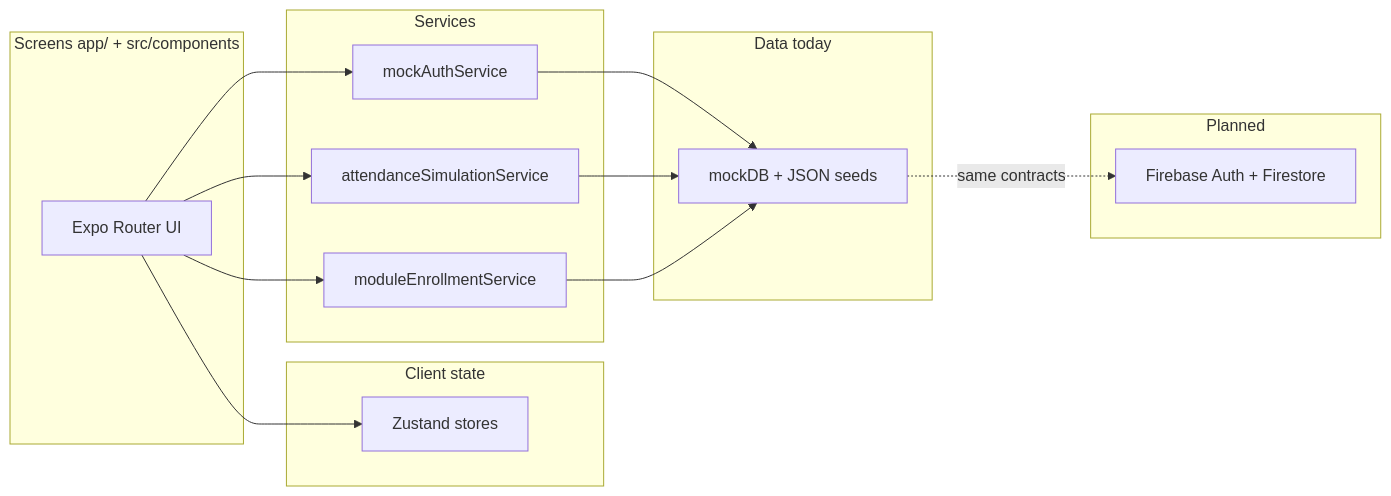
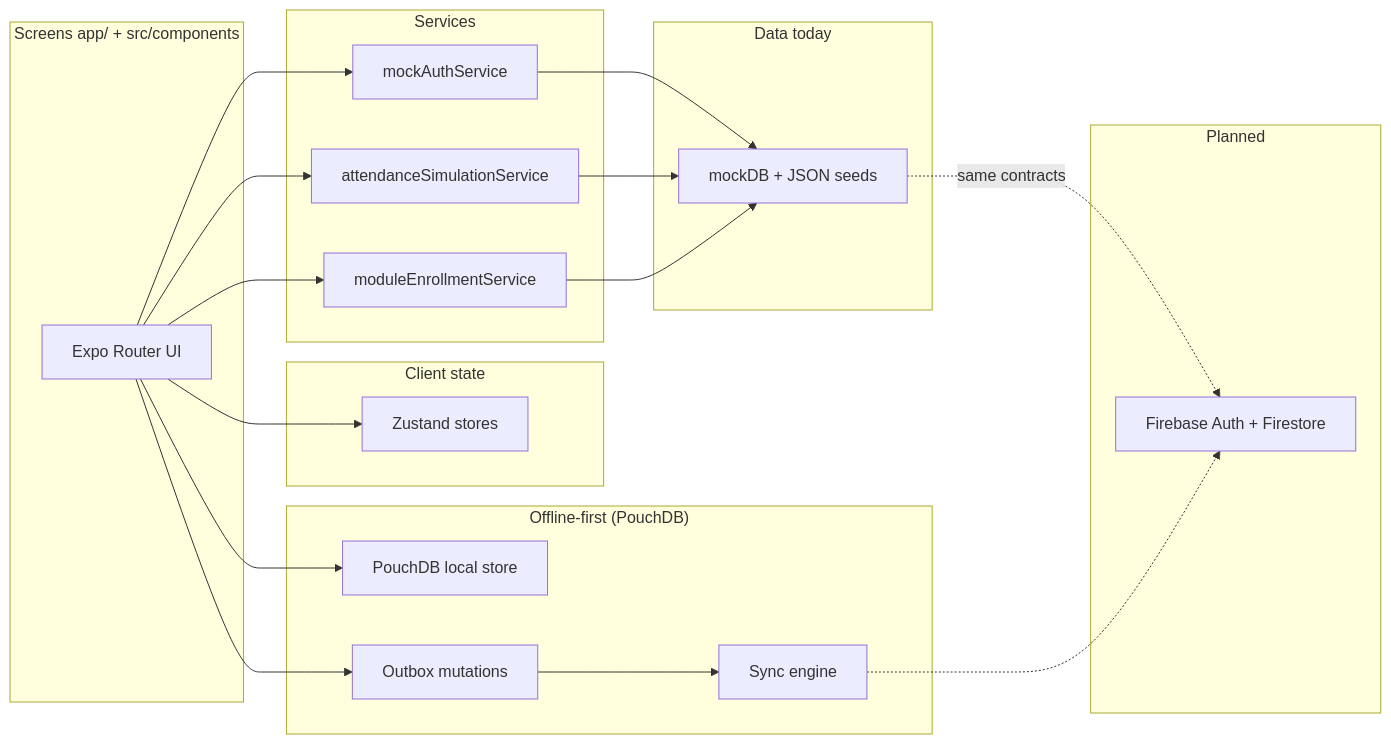
Before and after one commit to answer-mthombe/STARS_LITE: the third of 3 diagrams in README.md, drawn with Mermaid. The commit also changed other lines of this file and 10 other files, not shown here.

````diff
--- a/README.md
+++ b/README.md
@@ -103,33 +103,43 @@
 ```mermaid
 flowchart LR
   subgraph ui["Screens app/ + src/components"]
     UI[Expo Router UI]
   end
 
   subgraph state["Client state"]
     Z[Zustand stores]
   end
 
   subgraph services["Services"]
     AUTH[mockAuthService]
     ATT[attendanceSimulationService]
     MOD[moduleEnrollmentService]
   end
 
   subgraph data["Data today"]
     MDB["mockDB + JSON seeds"]
   end
 
   subgraph future["Planned"]
     FB[Firebase Auth + Firestore]
   end
 
+  subgraph offline["Offline-first (PouchDB)"]
+    PDB[PouchDB local store]
+    OUT[Outbox mutations]
+    SYNC[Sync engine]
+  end
+
   UI --> Z
   UI --> AUTH
   UI --> ATT
   UI --> MOD
   AUTH --> MDB
   ATT --> MDB
   MOD --> MDB
   MDB -.->|same contracts| FB
+  UI --> PDB
+  UI --> OUT
+  OUT --> SYNC
+  SYNC -.-> FB
 ```
````
